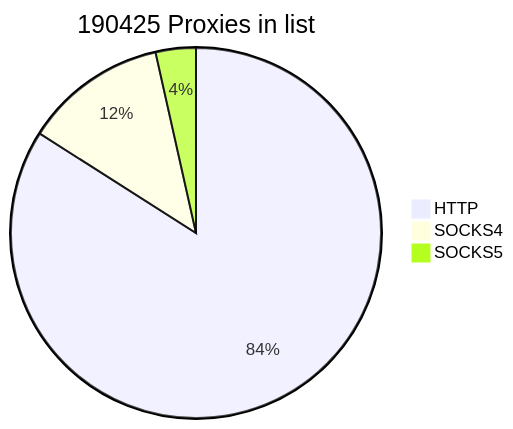
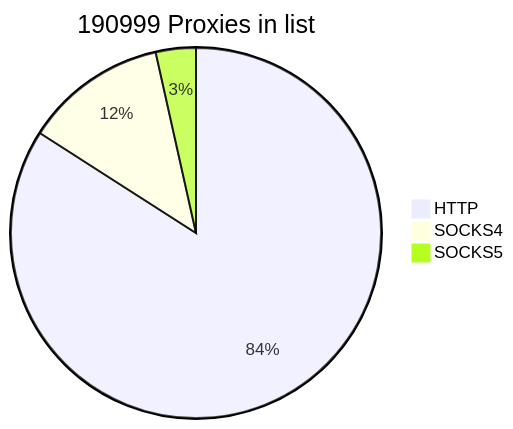
One commit to cutipu/proxylist changed the first of 2 diagrams in README.md. Above: the diagram before and after it, drawn with Mermaid. The commit also changed other lines of this file, not shown here.

````diff
--- a/README.md
+++ b/README.md
@@ -2,7 +2,7 @@
 ```mermaid
-pie title 190425 Proxies in list
-    "HTTP" : 159994
-    "SOCKS4" : 23751
+pie title 190999 Proxies in list
+    "HTTP" : 160563
+    "SOCKS4" : 23756
     "SOCKS5" : 6680
             
 ```
````
